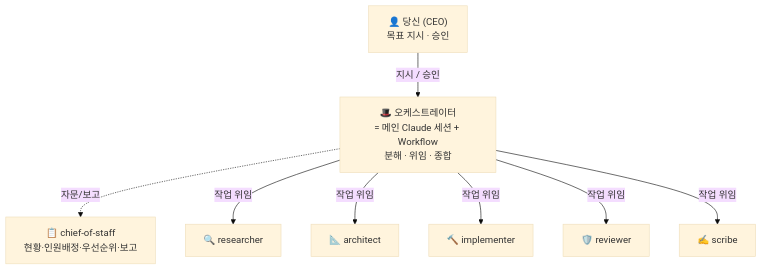
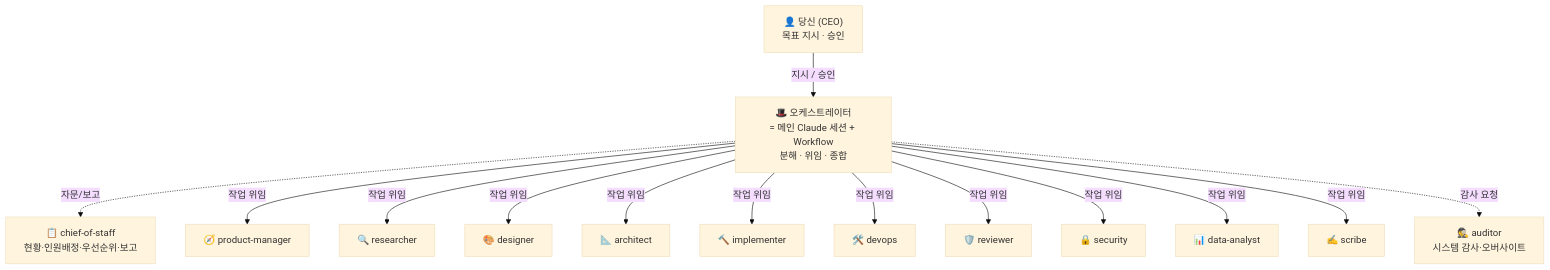
Before and after one commit to JaeHyeok-Lim/agent-company: the first of 7 diagrams in docs/사용설명서.md, drawn with Mermaid (base theme). The commit also changed 3 other files, not shown here.

````diff
--- a/docs/사용설명서.md
+++ b/docs/사용설명서.md
@@ -29,19 +29,32 @@
 ```mermaid
 flowchart TB
   CEO["👤 당신 (CEO)<br/>목표 지시 · 승인"]
   ORC["🎩 오케스트레이터<br/>= 메인 Claude 세션 + Workflow<br/>분해 · 위임 · 종합"]
   COS["📋 chief-of-staff<br/>현황·인원배정·우선순위·보고"]
-  R["🔍 researcher"]
-  A["📐 architect"]
-  I["🔨 implementer"]
-  V["🛡️ reviewer"]
-  S["✍️ scribe"]
+  AUD["🕵️ auditor<br/>시스템 감사·오버사이트"]
+
+  PM["🧭 product-manager"]
+  RE["🔍 researcher"]
+  DE["🎨 designer"]
+  AR["📐 architect"]
+  IM["🔨 implementer"]
+  DO["🛠️ devops"]
+  RV["🛡️ reviewer"]
+  SE["🔒 security"]
+  DA["📊 data-analyst"]
+  SC["✍️ scribe"]
 
   CEO -->|"지시 / 승인"| ORC
   ORC -. "자문/보고" .-> COS
-  ORC -->|"작업 위임"| R
-  ORC -->|"작업 위임"| A
-  ORC -->|"작업 위임"| I
-  ORC -->|"작업 위임"| V
-  ORC -->|"작업 위임"| S
+  ORC -->|"작업 위임"| PM
+  ORC -->|"작업 위임"| RE
+  ORC -->|"작업 위임"| DE
+  ORC -->|"작업 위임"| AR
+  ORC -->|"작업 위임"| IM
+  ORC -->|"작업 위임"| DO
+  ORC -->|"작업 위임"| RV
+  ORC -->|"작업 위임"| SE
+  ORC -->|"작업 위임"| DA
+  ORC -->|"작업 위임"| SC
+  ORC -. "감사 요청" .-> AUD
 ```
````
